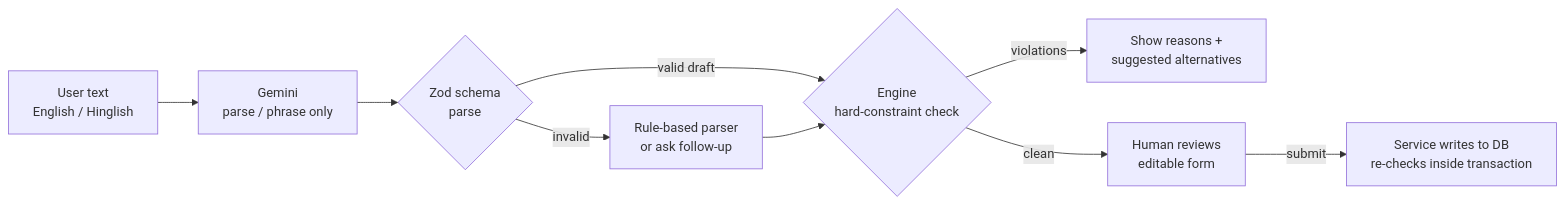
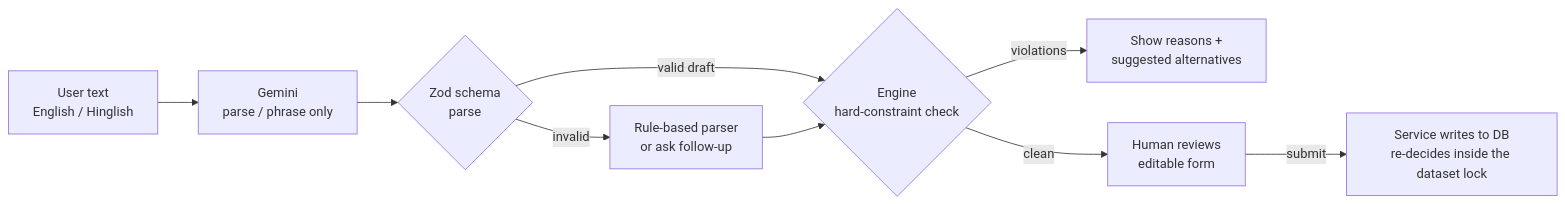
One commit to yashpandeycodes/IITB-Hackathon changed the second of 9 diagrams in docs/architecture.md. Above: the diagram before and after it, drawn with Mermaid. The commit also changed other lines of this file and 9 other files, not shown here.

````diff
--- a/docs/architecture.md
+++ b/docs/architecture.md
@@ -59,11 +59,11 @@
 ```mermaid
 flowchart LR
   U[User text<br/>English / Hinglish] --> G[Gemini<br/>parse / phrase only]
   G --> Z{Zod schema<br/>parse}
   Z -- invalid --> F[Rule-based parser<br/>or ask follow-up]
   Z -- valid draft --> E{Engine<br/>hard-constraint check}
   F --> E
   E -- violations --> X[Show reasons +<br/>suggested alternatives]
   E -- clean --> H[Human reviews<br/>editable form]
-  H -- submit --> S[Service writes to DB<br/>re-checks inside transaction]
+  H -- submit --> S[Service writes to DB<br/>re-decides inside the dataset lock]
 ```
````
